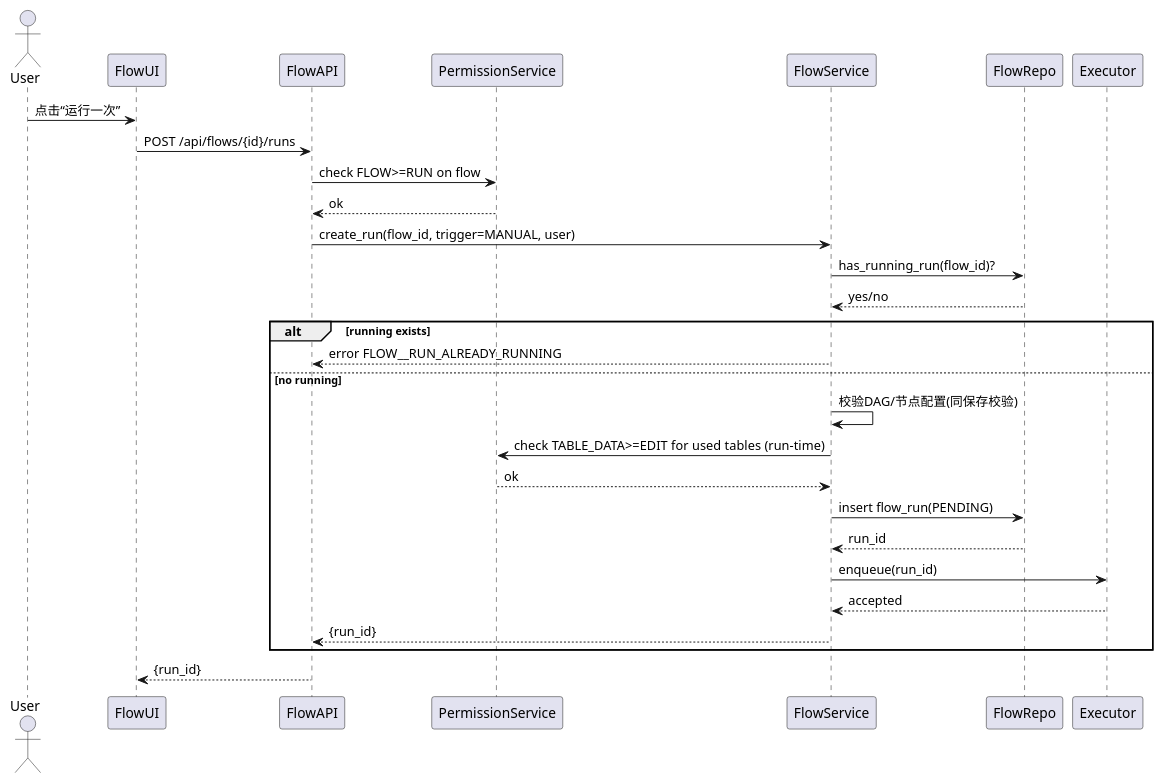
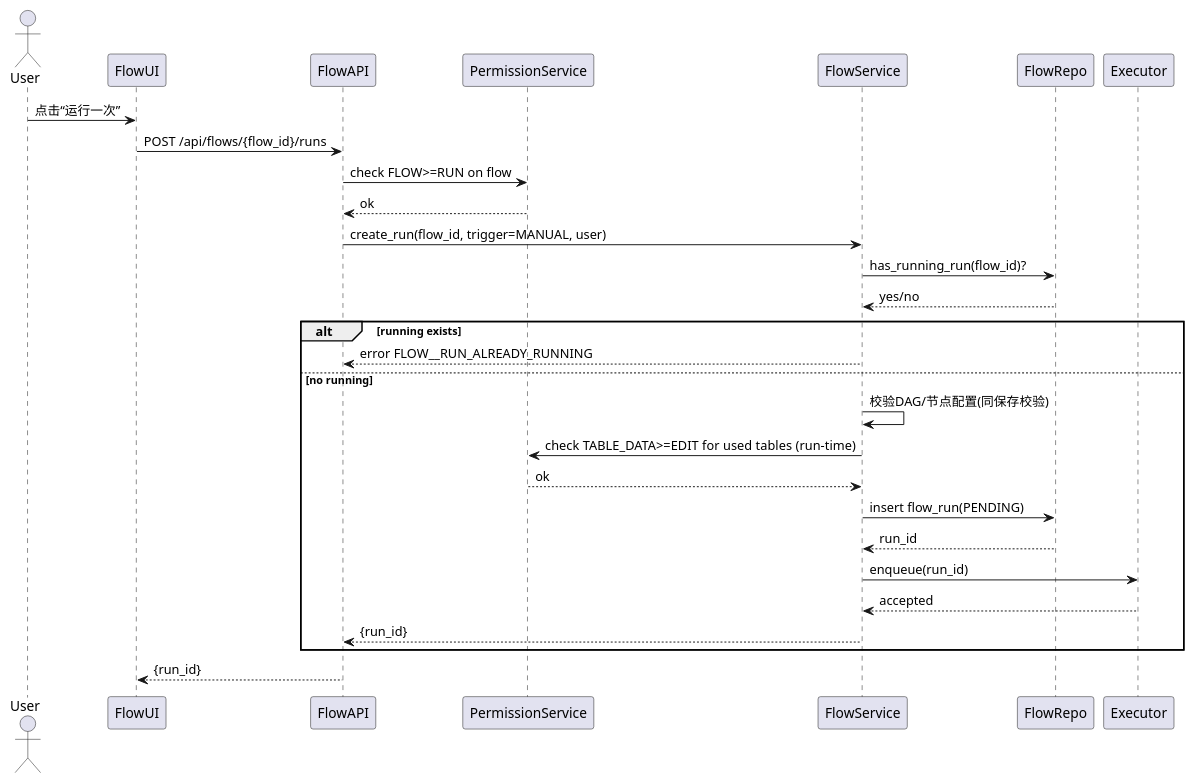
Before and after one commit to FangZiyong/grass: diagram 22 of 29 in docs/tech.md, drawn with PlantUML. The commit also changed other lines of this file and 5 other files, not shown here.

````diff
--- a/docs/tech.md
+++ b/docs/tech.md
@@ -3818,32 +3818,32 @@
 ```plantuml
 @startuml
 actor User
 participant "FlowUI" as UI
 participant "FlowAPI" as API
 participant "PermissionService" as PS
 participant "FlowService" as SVC
 participant "FlowRepo" as FR
 participant "Executor" as EXE
 
 User -> UI : 点击“运行一次”
-UI -> API : POST /api/flows/{id}/runs
+UI -> API : POST /api/flows/{flow_id}/runs
 API -> PS : check FLOW>=RUN on flow
 PS --> API : ok
 API -> SVC : create_run(flow_id, trigger=MANUAL, user)
 SVC -> FR : has_running_run(flow_id)?
 FR --> SVC : yes/no
 alt running exists
   SVC --> API : error FLOW__RUN_ALREADY_RUNNING
 else no running
   SVC -> SVC : 校验DAG/节点配置(同保存校验)
   SVC -> PS : check TABLE_DATA>=EDIT for used tables (run-time)
   PS --> SVC : ok
   SVC -> FR : insert flow_run(PENDING)
   FR --> SVC : run_id
   SVC -> EXE : enqueue(run_id)
   EXE --> SVC : accepted
   SVC --> API : {run_id}
 end
 API --> UI : {run_id}
 @enduml
 ```
````
